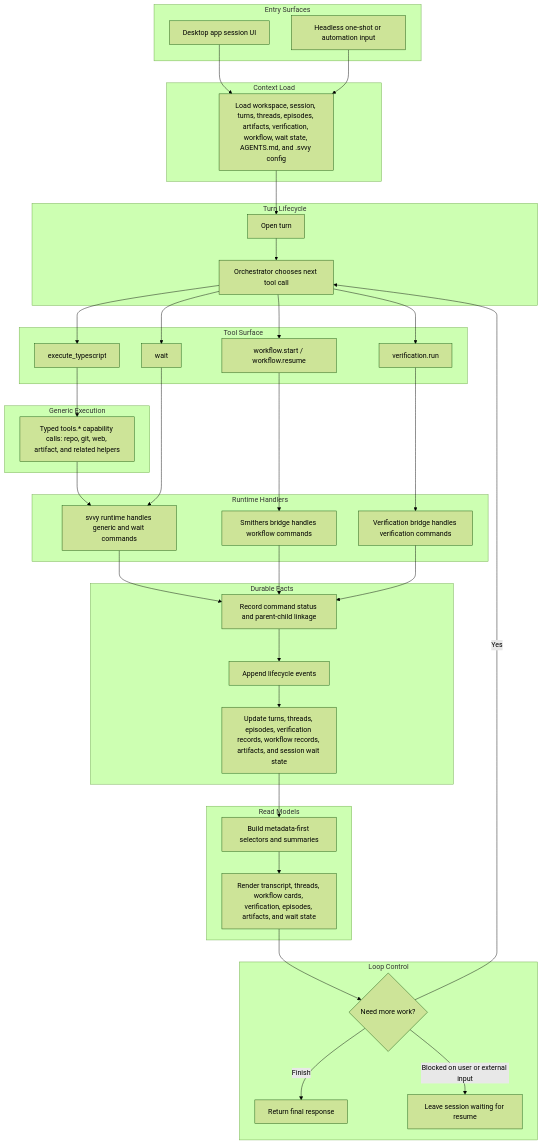
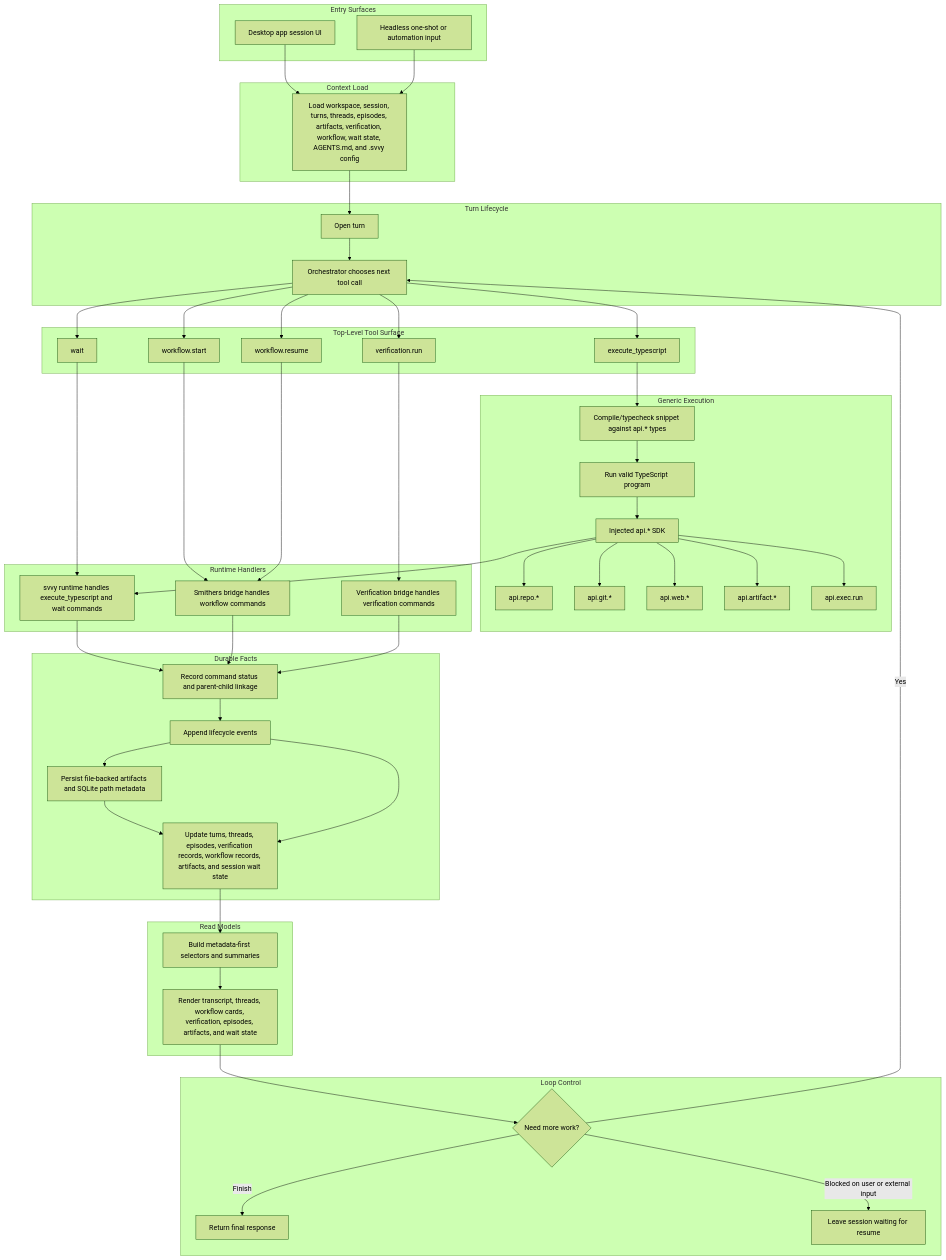
The diagram in docs/execution-model.md (0xpolarzero/hellm), drawn with Mermaid (forest theme) before and after one commit. The commit also changed other lines of this file and 8 other files, not shown here.

Commit message:
docs: clarify execute_typescript and structured state model

```diff
--- a/docs/execution-model.md
+++ b/docs/execution-model.md
@@ -28,19 +28,27 @@
         Decide["Orchestrator chooses next tool call"]
     end
 
-    subgraph Tools["Tool Surface"]
+    subgraph ToolSurface["Top-Level Tool Surface"]
         Generic["execute_typescript"]
-        Workflow["workflow.start / workflow.resume"]
+        WorkflowStart["workflow.start"]
+        WorkflowResume["workflow.resume"]
         Verify["verification.run"]
         Wait["wait"]
     end
 
     subgraph GenericExec["Generic Execution"]
-        GenericTools["Typed tools.* capability calls: repo, git, web, artifact, and related helpers"]
+        Compile["Compile/typecheck snippet against api.* types"]
+        Run["Run valid TypeScript program"]
+        Api["Injected api.* SDK"]
+        ApiRepo["api.repo.*"]
+        ApiGit["api.git.*"]
+        ApiWeb["api.web.*"]
+        ApiArtifact["api.artifact.*"]
+        ApiExec["api.exec.run"]
     end
 
     subgraph Handlers["Runtime Handlers"]
-        RuntimeHandler["svvy runtime handles generic and wait commands"]
+        RuntimeHandler["svvy runtime handles execute_typescript and wait commands"]
         SmithersHandler["Smithers bridge handles workflow commands"]
         VerificationHandler["Verification bridge handles verification commands"]
     end
@@ -48,6 +56,7 @@
     subgraph Facts["Durable Facts"]
         Commands["Record command status and parent-child linkage"]
         Events["Append lifecycle events"]
+        Artifacts["Persist file-backed artifacts and SQLite path metadata"]
         State["Update turns, threads, episodes, verification records, workflow records, artifacts, and session wait state"]
     end
 
@@ -68,13 +77,22 @@
     OpenTurn --> Decide
 
     Decide --> Generic
-    Decide --> Workflow
+    Decide --> WorkflowStart
+    Decide --> WorkflowResume
     Decide --> Verify
     Decide --> Wait
 
-    Generic --> GenericTools
-    GenericTools --> RuntimeHandler
-    Workflow --> SmithersHandler
+    Generic --> Compile
+    Compile --> Run
+    Run --> Api
+    Api --> ApiRepo
+    Api --> ApiGit
+    Api --> ApiWeb
+    Api --> ApiArtifact
+    Api --> ApiExec
+    Api --> RuntimeHandler
+    WorkflowStart --> SmithersHandler
+    WorkflowResume --> SmithersHandler
     Verify --> VerificationHandler
     Wait --> RuntimeHandler
 
@@ -83,6 +101,8 @@
     VerificationHandler --> Commands
 
     Commands --> Events
+    Events --> Artifacts
+    Artifacts --> State
     Events --> State
     State --> Selectors
     Selectors --> UI
```
